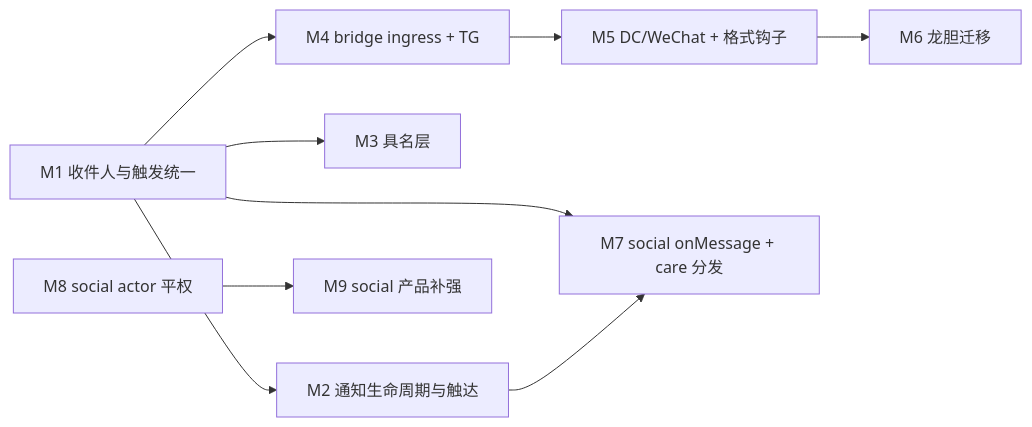
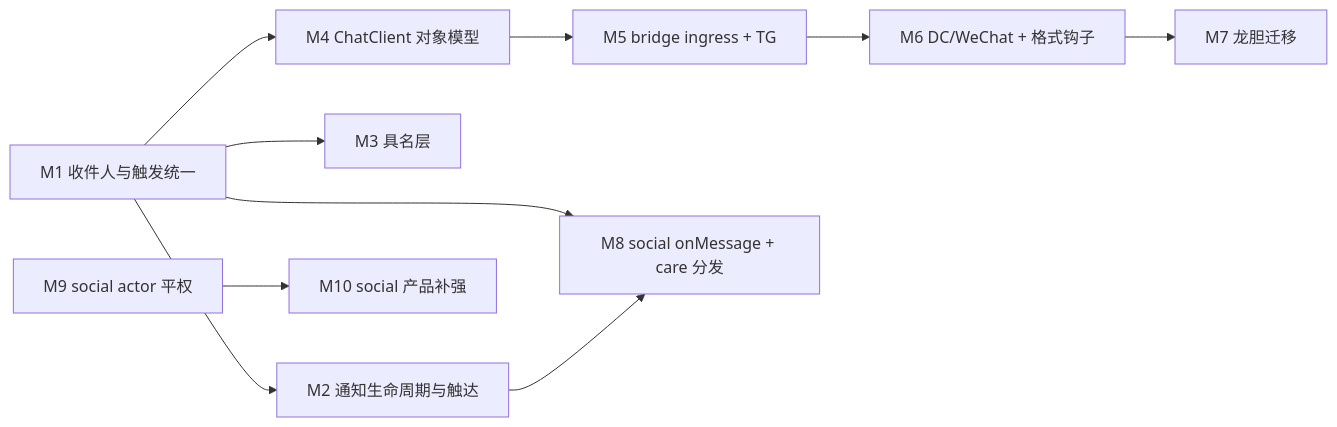
The diagram in docs/design/chat-social-dev-plan.md (steve02081504/fount), drawn with Mermaid before and after one commit. The commit also changed other lines of this file and 2 other files, not shown here.

````diff
--- a/docs/design/chat-social-dev-plan.md
+++ b/docs/design/chat-social-dev-plan.md
@@ -694,12 +791,13 @@
 ```mermaid
 graph LR
   M1[M1 收件人与触发统一] --> M2[M2 通知生命周期与触达]
   M1 --> M3[M3 具名层]
-  M1 --> M4[M4 bridge ingress + TG]
-  M4 --> M5[M5 DC/WeChat + 格式钩子]
-  M5 --> M6[M6 龙胆迁移]
-  M1 --> M7[M7 social onMessage + care 分发]
-  M2 --> M7
-  M8[M8 social actor 平权]
-  M8 --> M9[M9 social 产品补强]
+  M1 --> M4[M4 ChatClient 对象模型]
+  M4 --> M5[M5 bridge ingress + TG]
+  M5 --> M6[M6 DC/WeChat + 格式钩子]
+  M6 --> M7[M7 龙胆迁移]
+  M1 --> M8[M8 social onMessage + care 分发]
+  M2 --> M8
+  M9[M9 social actor 平权]
+  M9 --> M10[M10 social 产品补强]
 ```
````
